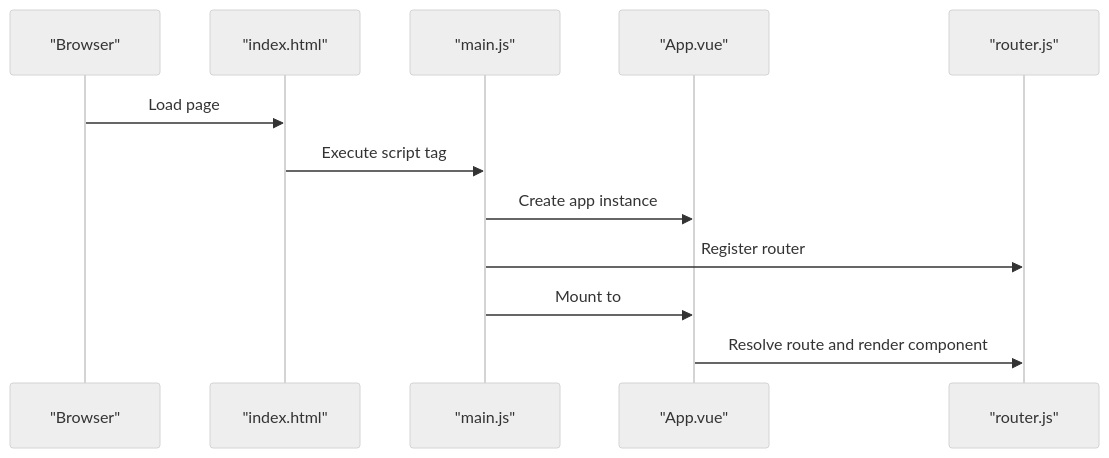
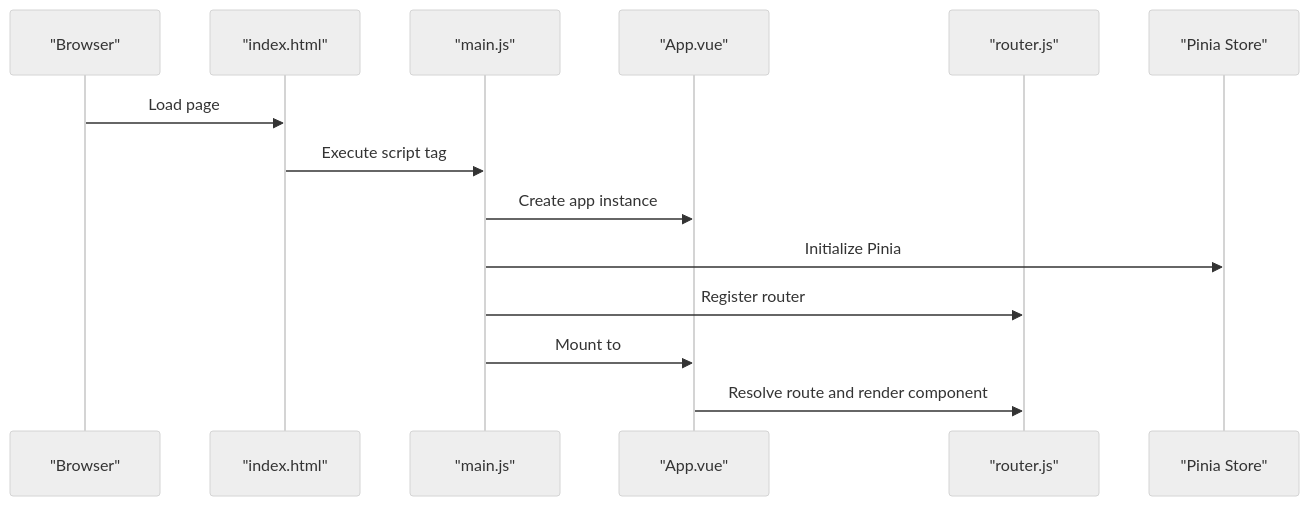
One commit to hsarjun04-netizen/NUTRICooACH changed the fourth of 8 diagrams in .qoder/repowiki/en/content/Frontend Application/Build Process and Development Environment.md. Above: the diagram before and after it, drawn with Mermaid (neutral theme). The commit also changed other lines of this file and 7 other files, not shown here.

````diff
--- a/.qoder/repowiki/en/content/Frontend Application/Build Process and Development Environment.md
+++ b/.qoder/repowiki/en/content/Frontend Application/Build Process and Development Environment.md
@@ -150,14 +186,16 @@
 ```mermaid
 sequenceDiagram
 participant Browser as "Browser"
 participant HTML as "index.html"
 participant Main as "main.js"
 participant App as "App.vue"
 participant Router as "router.js"
+participant Pinia as "Pinia Store"
 Browser->>HTML : Load page
 HTML->>Main : Execute script tag
 Main->>App : Create app instance
+Main->>Pinia : Initialize Pinia
 Main->>Router : Register router
 Main->>App : Mount to #app
 App->>Router : Resolve route and render component
 ```
````
